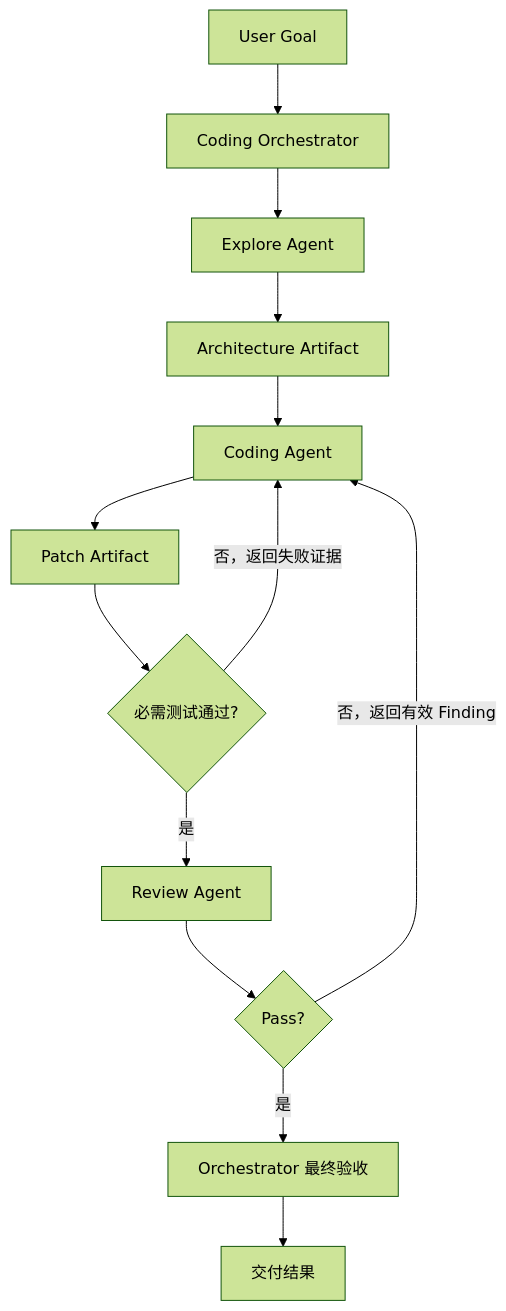
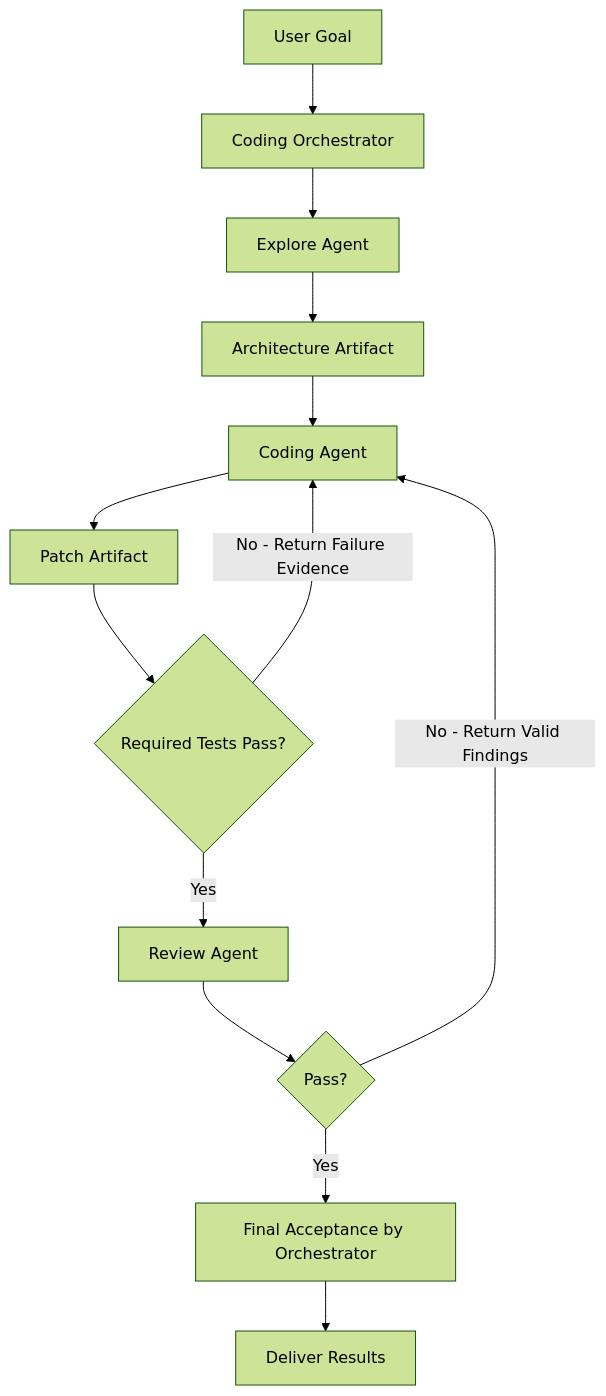
Diagram 23 of 24 in docs/agent/04-multi-agent/13-multi-agent-coordination.md (oneleaveknowsthefall/awesome-ai-roadmap), drawn with Mermaid (forest theme) before and after one commit. The commit also changed other lines of this file and 68 other files, not shown here.

````diff
--- a/docs/agent/04-multi-agent/13-multi-agent-coordination.md
+++ b/docs/agent/04-multi-agent/13-multi-agent-coordination.md
@@ -1248,15 +1258,15 @@
 ```mermaid
 flowchart TB
     G[User Goal] --> O[Coding Orchestrator]
     O --> E[Explore Agent]
     E --> A[Architecture Artifact]
     A --> C[Coding Agent]
     C --> D[Patch Artifact]
-    D --> TEST{必需测试通过?}
-    TEST -->|否，返回失败证据| C
-    TEST -->|是| R[Review Agent]
+    D --> TEST{Required Tests Pass?}
+    TEST -->|No - Return Failure Evidence| C
+    TEST -->|Yes| R[Review Agent]
     R --> V{Pass?}
-    V -->|否，返回有效 Finding| C
-    V -->|是| ACCEPT[Orchestrator 最终验收]
-    ACCEPT --> DONE[交付结果]
+    V -->|No - Return Valid Findings| C
+    V -->|Yes| ACCEPT[Final Acceptance by Orchestrator]
+    ACCEPT --> DONE[Deliver Results]
 ```
````
